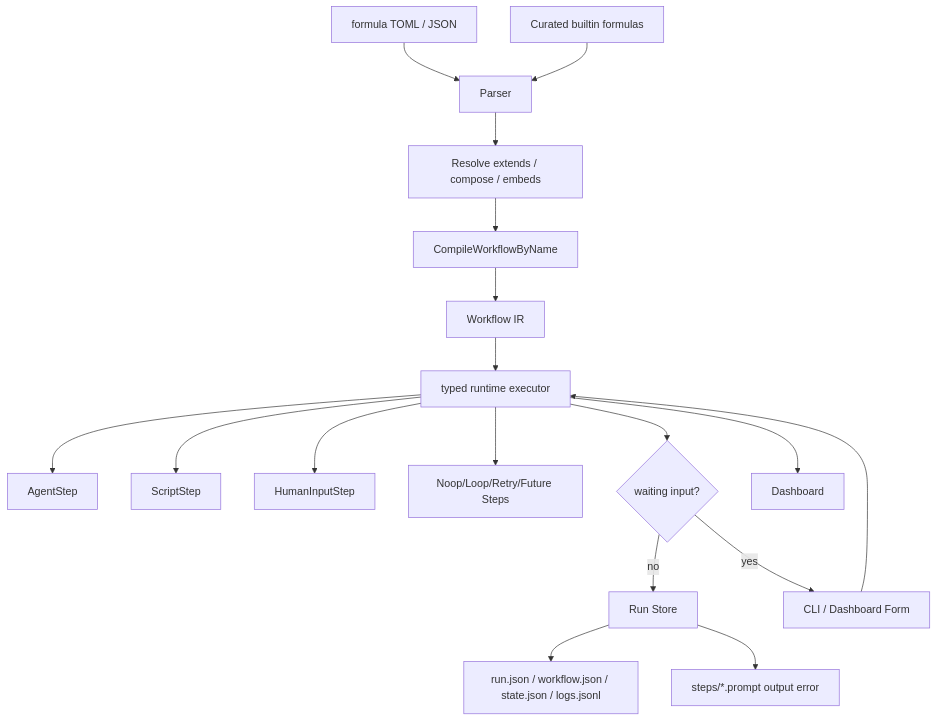
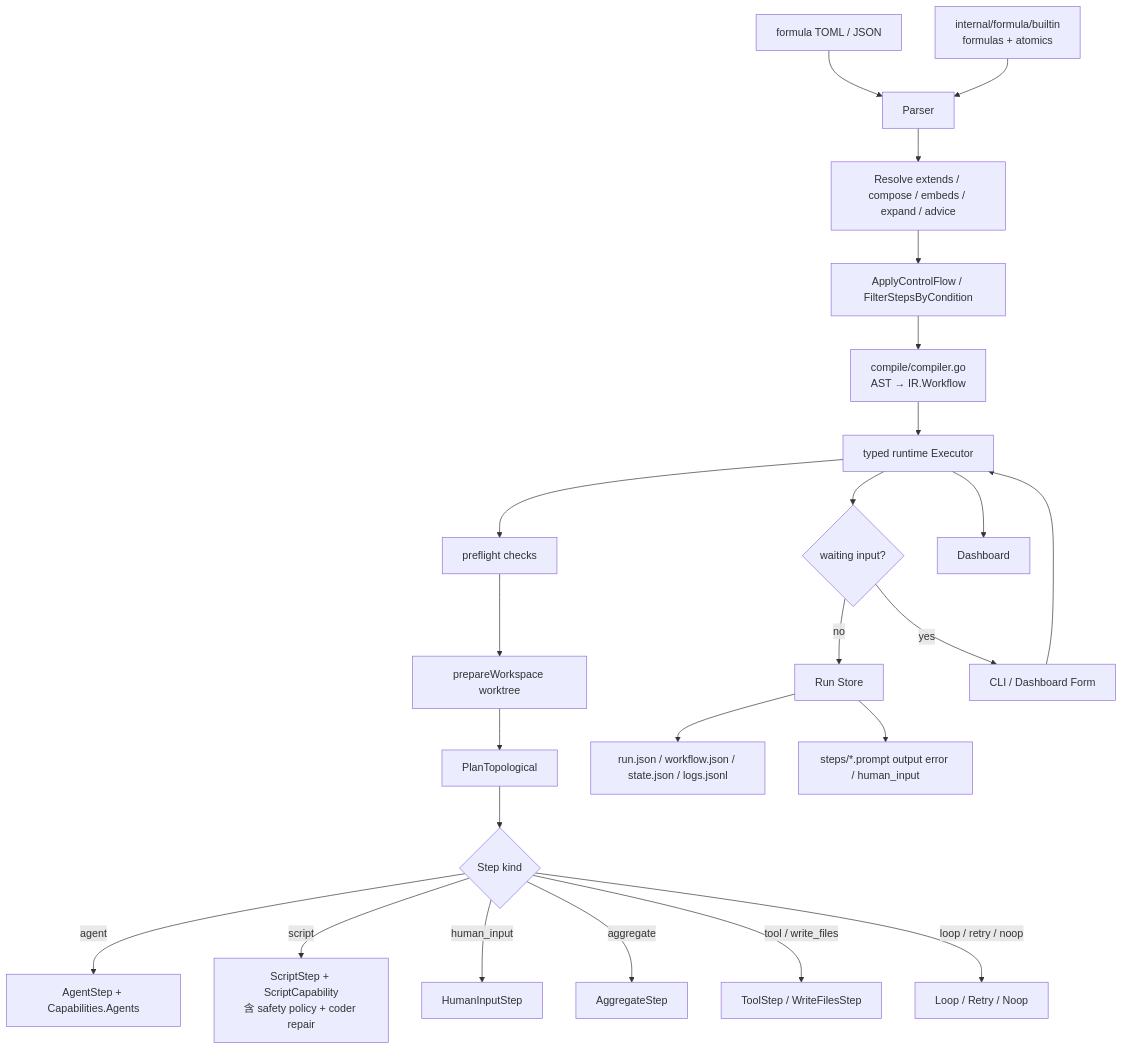
The first of 3 diagrams in ai-docs/formula-system.md (sjzsdu/tt), drawn with Mermaid before and after one commit. The commit also changed other lines of this file and 5 other files, not shown here.

Commit message:
docs(ai-docs): expand formula and agent architecture guides

````diff
--- a/ai-docs/formula-system.md
+++ b/ai-docs/formula-system.md
@@ -11,20 +13,26 @@
 ```mermaid
 flowchart TD
     A[formula TOML / JSON] --> B[Parser]
-    A0[Curated builtin formulas] --> B
-    B --> C[Resolve extends / compose / embeds]
-    C --> D[CompileWorkflowByName]
-    D --> E[Workflow IR]
-    E --> F[typed runtime executor]
-    F --> G[AgentStep]
-    F --> H[ScriptStep]
-    F --> I[HumanInputStep]
-    F --> N[Noop/Loop/Retry/Future Steps]
+    A0[internal/formula/builtin<br/>formulas + atomics] --> B
+    B --> C[Resolve extends / compose / embeds / expand / advice]
+    C --> D[ApplyControlFlow / FilterStepsByCondition]
+    D --> E[compile/compiler.go<br/>AST → IR.Workflow]
+    E --> F[typed runtime Executor]
+    F --> P[preflight checks]
+    P --> W[prepareWorkspace worktree]
+    W --> Topo[PlanTopological]
+    Topo --> Step{Step kind}
+    Step -->|agent| G[AgentStep + Capabilities.Agents]
+    Step -->|script| H[ScriptStep + ScriptCapability<br/>含 safety policy + coder repair]
+    Step -->|human_input| I[HumanInputStep]
+    Step -->|aggregate| AA[AggregateStep]
+    Step -->|tool / write_files| TT[ToolStep / WriteFilesStep]
+    Step -->|loop / retry / noop| LL[Loop / Retry / Noop]
     F --> X{waiting input?}
     X -->|no| J[Run Store]
     X -->|yes| Y[CLI / Dashboard Form]
     Y --> F
     J --> K[run.json / workflow.json / state.json / logs.jsonl]
-    J --> L[steps/*.prompt output error]
+    J --> L[steps/*.prompt output error / human_input]
     F --> M[Dashboard]
 ```
````
